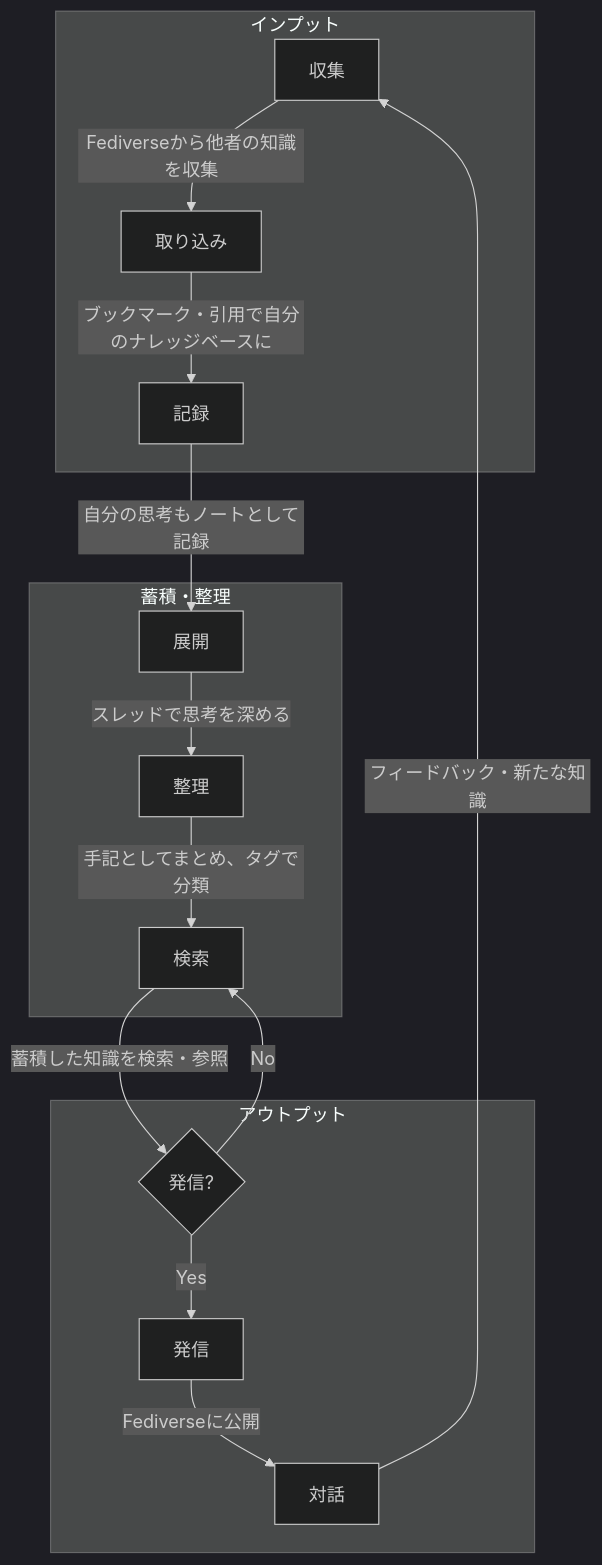
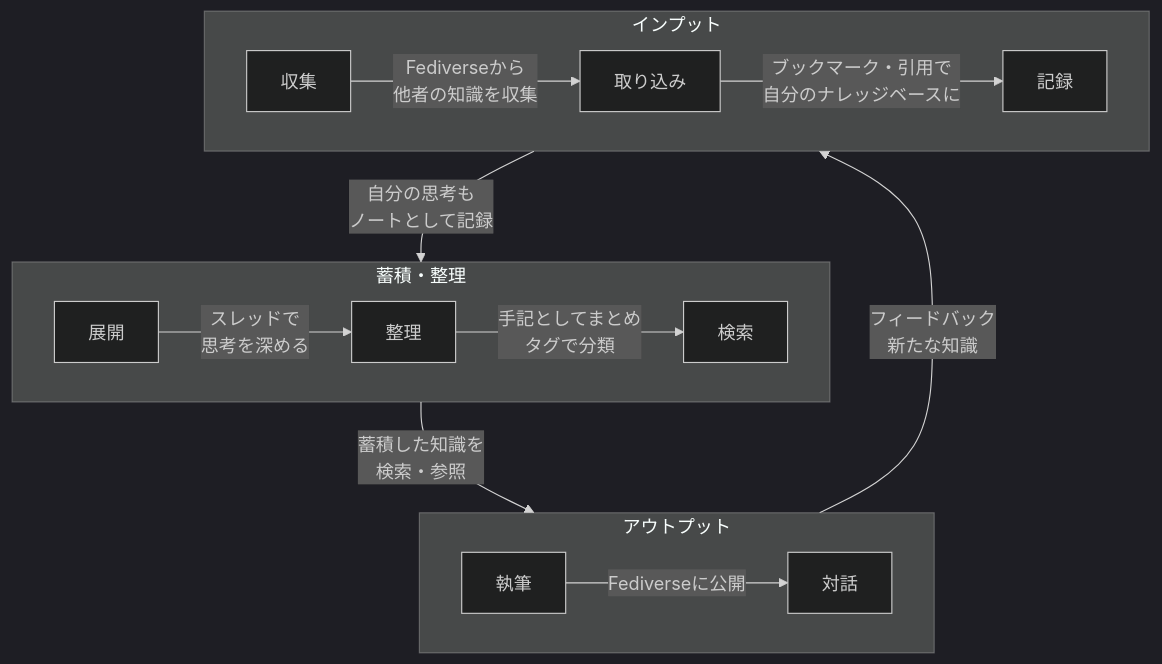
The fourth of 5 diagrams in apps/microblog/docs/rdra/system-value.md (iwasa-kosui/monorepo), drawn with Mermaid (dark theme) before and after one commit.

Commit message:
docs(microblog): 知識のフローを整理

````diff
--- a/apps/microblog/docs/rdra/system-value.md
+++ b/apps/microblog/docs/rdra/system-value.md
@@ -174,22 +174,26 @@
 ```mermaid
 flowchart TD
-    subgraph "インプット"
-        A["収集"] -->|"Fediverseから他者の知識を収集"| B["取り込み"]
-        B -->|"ブックマーク・引用で自分のナレッジベースに"| C["記録"]
+
+    subgraph Organize ["蓄積・整理"]
+        direction LR
+        D["展開"]
+        D -->|"スレッドで<br>思考を深める"| E["整理"]
+        E -->|"手記としてまとめ<br>タグで分類"| F["検索"]
     end
 
-    subgraph "蓄積・整理"
-        C -->|"自分の思考もノートとして記録"| D["展開"]
-        D -->|"スレッドで思考を深める"| E["整理"]
-        E -->|"手記としてまとめ、タグで分類"| F["検索"]
-    end
-
-    subgraph "アウトプット"
-        F -->|"蓄積した知識を検索・参照"| G{"発信?"}
-        G -->|"Yes"| H["発信"]
-        G -->|"No"| F
+    subgraph Output ["アウトプット"]
+        direction LR
+        H["執筆"]
         H -->|"Fediverseに公開"| I["対話"]
     end
 
-    I -->|"フィードバック・新たな知識"| A
+    subgraph Input ["インプット"]
+        direction LR
+        A["収集"] -->|"Fediverseから<br>他者の知識を収集"| B["取り込み"]
+        B -->|"ブックマーク・引用で<br>自分のナレッジベースに"| C["記録"]
+    end
+
+    Input -->|"自分の思考も<br>ノートとして記録"| Organize
+    Organize -->|"蓄積した知識を<br>検索・参照"| Output
+    Output -->|"フィードバック<br>新たな知識"| Input
 ```
````
